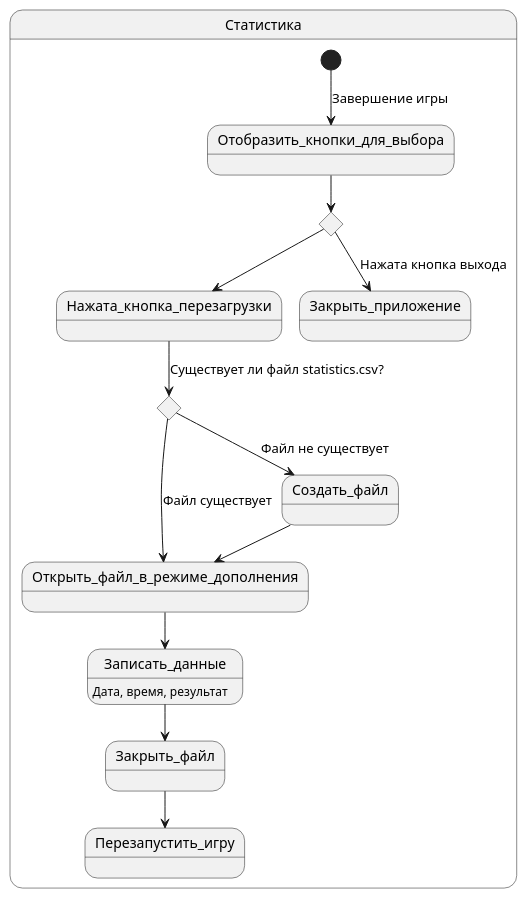
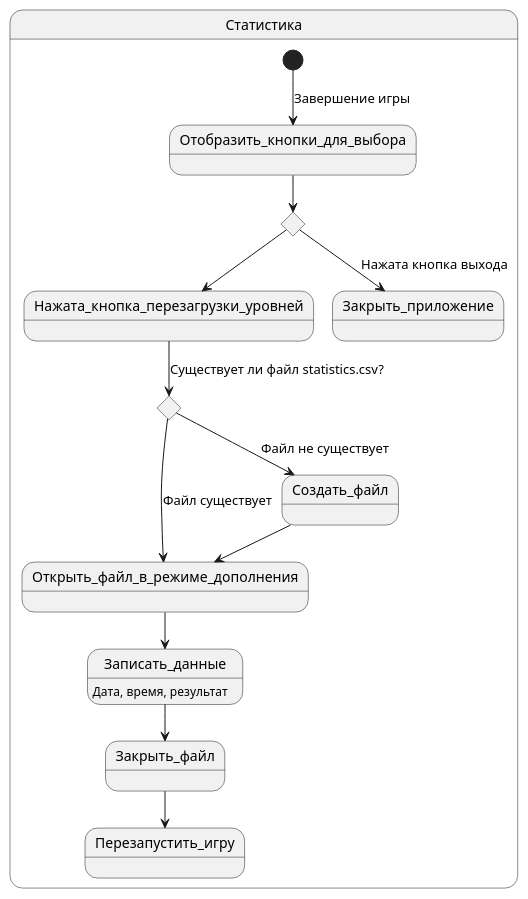
Before and after one commit to Muuuve/My-Project: the diagram in docs/diagrams/state_diagram_statisctics.puml, drawn with PlantUML. The commit also changed 6 other files, not shown here.

```diff
--- a/docs/diagrams/state_diagram_statisctics.puml
+++ b/docs/diagrams/state_diagram_statisctics.puml
@@ -1,18 +1,18 @@
 @startuml
 state "Статистика" as Statistics {
   [*] --> Отобразить_кнопки_для_выбора : Завершение игры
   state choice1 <<choice>>
   state choice2 <<choice>>
   Отобразить_кнопки_для_выбора --> choice1
-  choice1 --> Нажата_кнопка_перезагрузки
-  Нажата_кнопка_перезагрузки --> choice2: Существует ли файл statistics.csv?
+  choice1 --> Нажата_кнопка_перезагрузки_уровней
+  Нажата_кнопка_перезагрузки_уровней --> choice2: Существует ли файл statistics.csv?
   choice2 ---> Открыть_файл_в_режиме_дополнения : Файл существует
   choice2 --> Создать_файл :  Файл не существует
   Создать_файл --> Открыть_файл_в_режиме_дополнения
   Открыть_файл_в_режиме_дополнения --> Записать_данные
   Записать_данные : Дата, время, результат
   Записать_данные --> Закрыть_файл
   Закрыть_файл --> Перезапустить_игру
   choice1 --> Закрыть_приложение : Нажата кнопка выхода
 }
 @enduml
```
